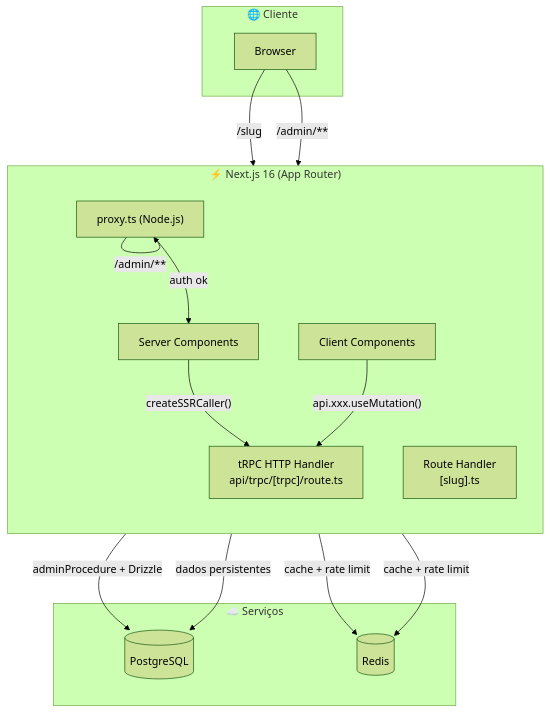
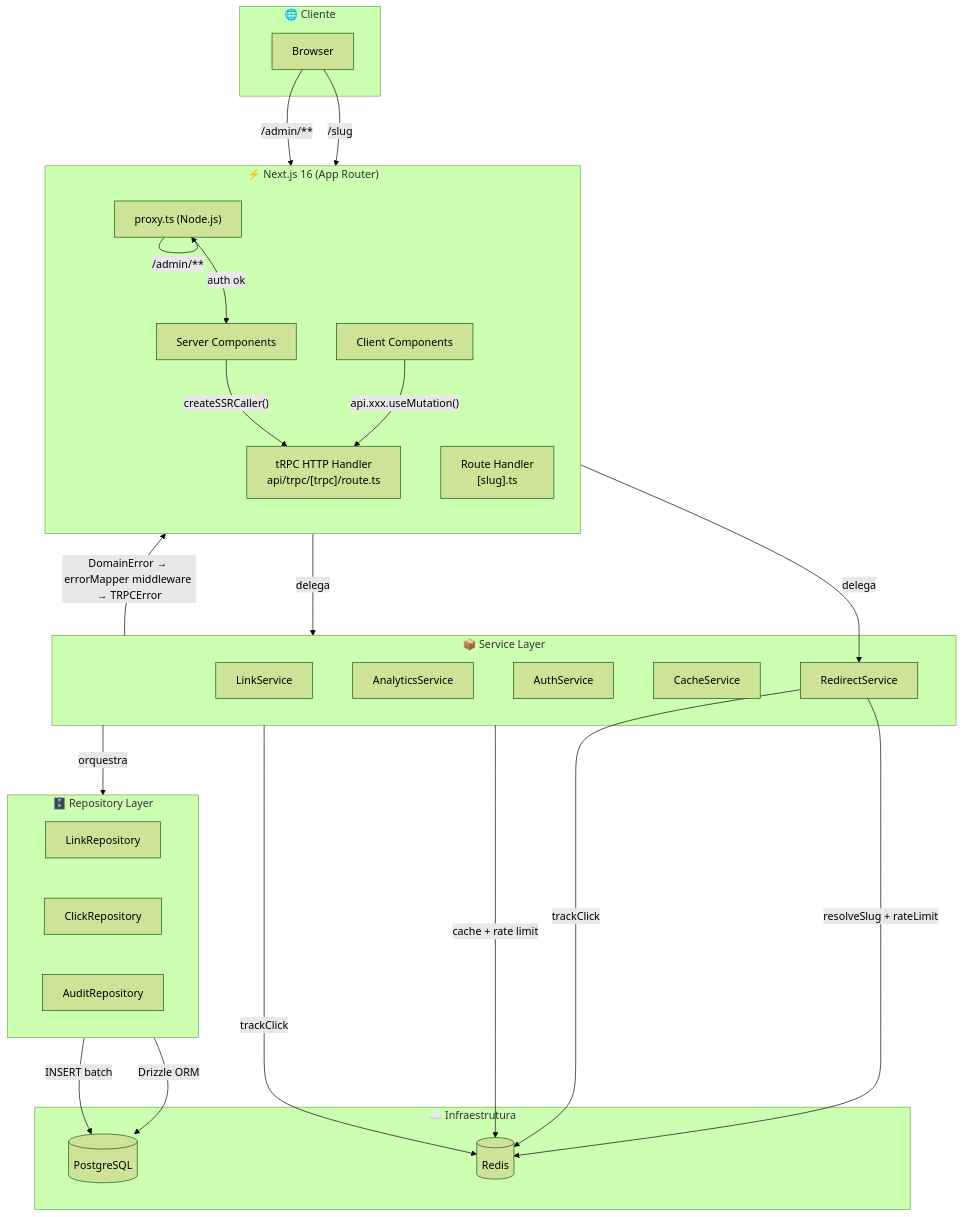
One commit to eduardoaugustolb/encurtador-url changed the first of 2 diagrams in docs/arquitetura.md. Above: the diagram before and after it, drawn with Mermaid (forest theme). The commit also changed other lines of this file and 26 other files, not shown here.

Commit message:
feat(arch): add services, repositories, DomainError, and response helpers

````diff
--- a/docs/arquitetura.md
+++ b/docs/arquitetura.md
@@ -5,35 +5,58 @@
 ```mermaid
 %%{init: {'flowchart': {'nodeSpacing': 60, 'rankSpacing': 80}}}%%
 graph TB
     subgraph Client["🌐 Cliente"]
         Browser["Browser"]
     end
 
     subgraph NextJS["⚡ Next.js 16 (App Router)"]
         direction TB
         P["proxy.ts (Node.js)"]
         RH["Route Handler<br/>[slug].ts"]
         tRPC["tRPC HTTP Handler<br/>api/trpc/[trpc]/route.ts"]
         SC["Server Components"]
         CC["Client Components"]
     end
 
-    subgraph Services["☁️ Serviços"]
+    subgraph ServiceLayer["📦 Service Layer"]
+        LS["LinkService"]
+        AS["AnalyticsService"]
+        AuS["AuthService"]
+        CS["CacheService"]
+        RS["RedirectService"]
+    end
+
+    subgraph RepoLayer["🗄️ Repository Layer"]
+        LR["LinkRepository"]
+        CR["ClickRepository"]
+        AR["AuditRepository"]
+    end
+
+    subgraph Infra["☁️ Infraestrutura"]
         PG[("PostgreSQL")]
         REDIS[("Redis")]
     end
 
     Browser -->|"/slug"| RH
     Browser -->|"/admin/**"| P
     P -->|auth ok| SC
     P -->|"/admin/**"| P
 
     SC -->|"createSSRCaller()"| tRPC
     CC -->|"api.xxx.useMutation()"| tRPC
 
-    tRPC -->|adminProcedure + Drizzle| PG
-    tRPC -->|cache + rate limit| REDIS
+    tRPC -->|delega| ServiceLayer
 
-    RH -->|dados persistentes| PG
-    RH -->|cache + rate limit| REDIS
+    ServiceLayer -->|DomainError → errorMapper middleware → TRPCError| tRPC
+
+    ServiceLayer -->|orquestra| RepoLayer
+    ServiceLayer -->|cache + rate limit| REDIS
+    ServiceLayer -->|trackClick| REDIS
+
+    RH -->|delega| RS
+    RS -->|resolveSlug + rateLimit| REDIS
+    RS -->|trackClick| REDIS
+
+    RepoLayer -->|Drizzle ORM| PG
+    RepoLayer -->|INSERT batch| PG
 ```
````
